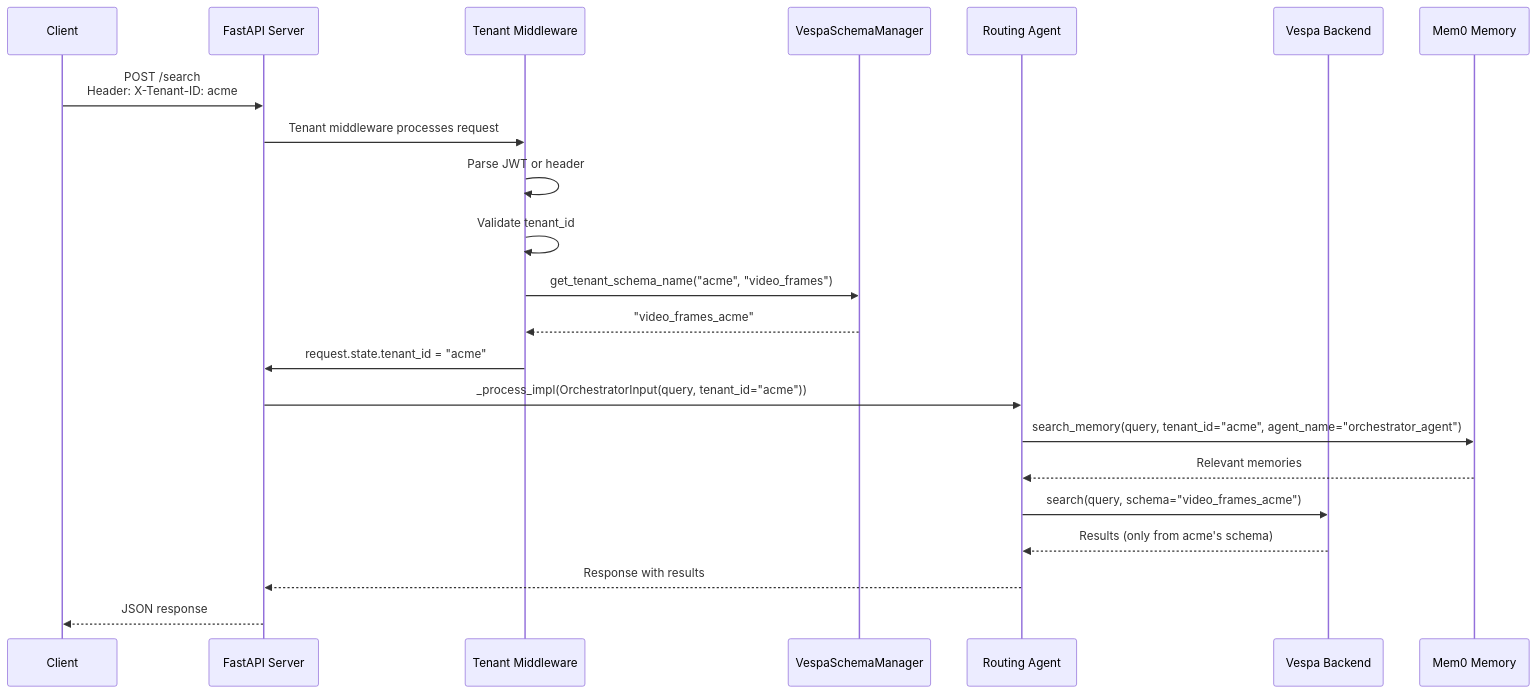
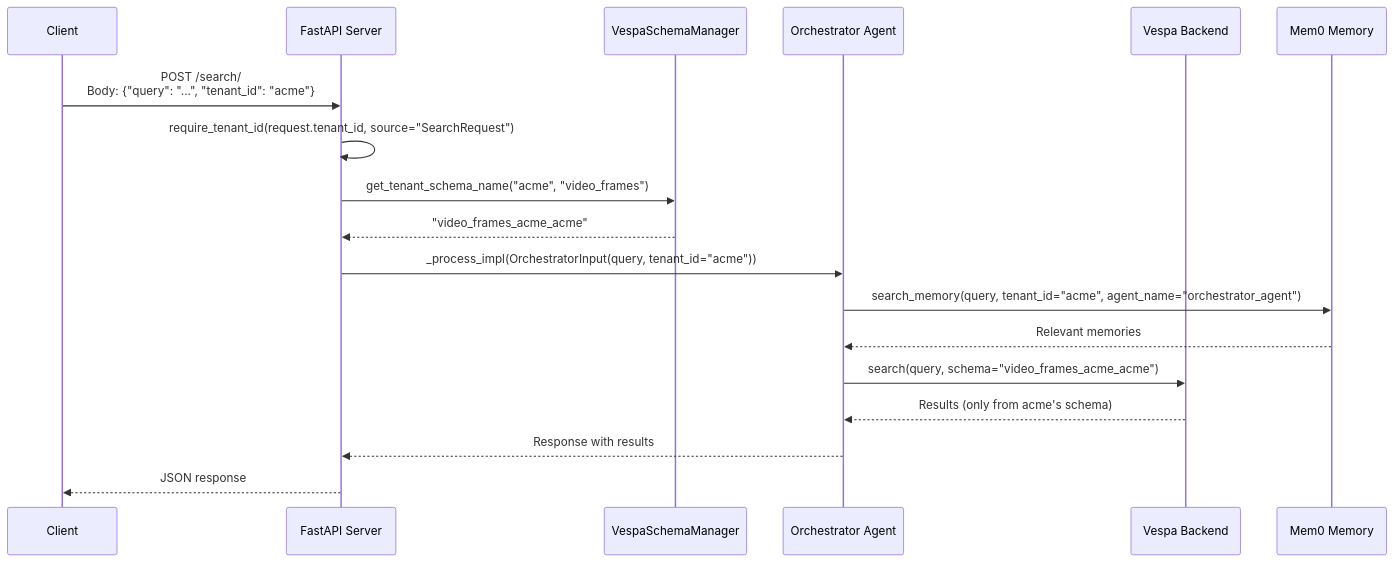
The second of 7 diagrams in docs/architecture/multi-tenant.md (amit-jain/cogniverse), drawn with Mermaid before and after one commit. The commit also changed other lines of this file and 119 other files, not shown here.

````diff
--- a/docs/architecture/multi-tenant.md
+++ b/docs/architecture/multi-tenant.md
@@ -567,26 +619,22 @@
 ```mermaid
 sequenceDiagram
     participant Client
     participant API as FastAPI Server
-    participant Middleware as Tenant Middleware
     participant SchemaManager as VespaSchemaManager
-    participant Agent as Routing Agent
+    participant Agent as Orchestrator Agent
     participant Vespa as Vespa Backend
     participant Memory as Mem0 Memory
 
-    Client->>API: POST /search<br/>Header: X-Tenant-ID: acme
-    API->>Middleware: Tenant middleware processes request
-    Middleware->>Middleware: Parse JWT or header
-    Middleware->>Middleware: Validate tenant_id
-    Middleware->>SchemaManager: get_tenant_schema_name("acme", "video_frames")
-    SchemaManager-->>Middleware: "video_frames_acme"
-    Middleware->>API: request.state.tenant_id = "acme"
+    Client->>API: POST /search/<br/>Body: {"query": "...", "tenant_id": "acme"}
+    API->>API: require_tenant_id(request.tenant_id, source="SearchRequest")
+    API->>SchemaManager: get_tenant_schema_name("acme", "video_frames")
+    SchemaManager-->>API: "video_frames_acme_acme"
 
     API->>Agent: _process_impl(OrchestratorInput(query, tenant_id="acme"))
     Agent->>Memory: search_memory(query, tenant_id="acme", agent_name="orchestrator_agent")
     Memory-->>Agent: Relevant memories
-    Agent->>Vespa: search(query, schema="video_frames_acme")
+    Agent->>Vespa: search(query, schema="video_frames_acme_acme")
     Vespa-->>Agent: Results (only from acme's schema)
     Agent-->>API: Response with results
     API-->>Client: JSON response
 ```
````
